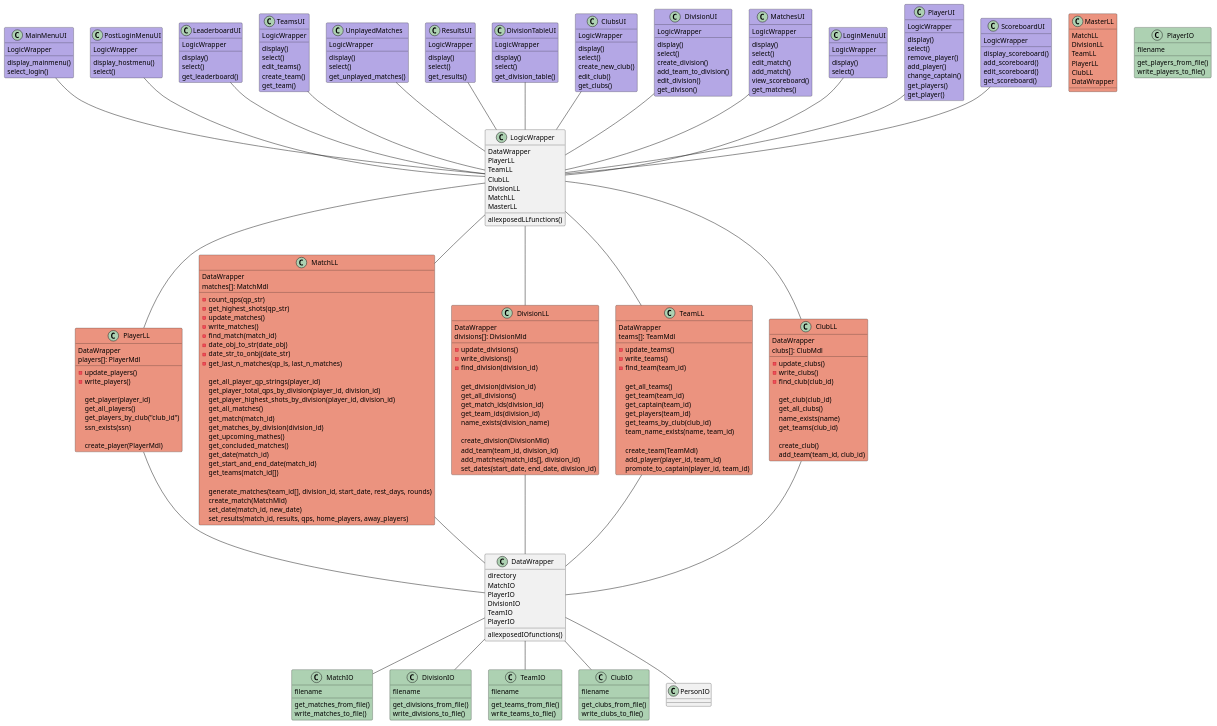
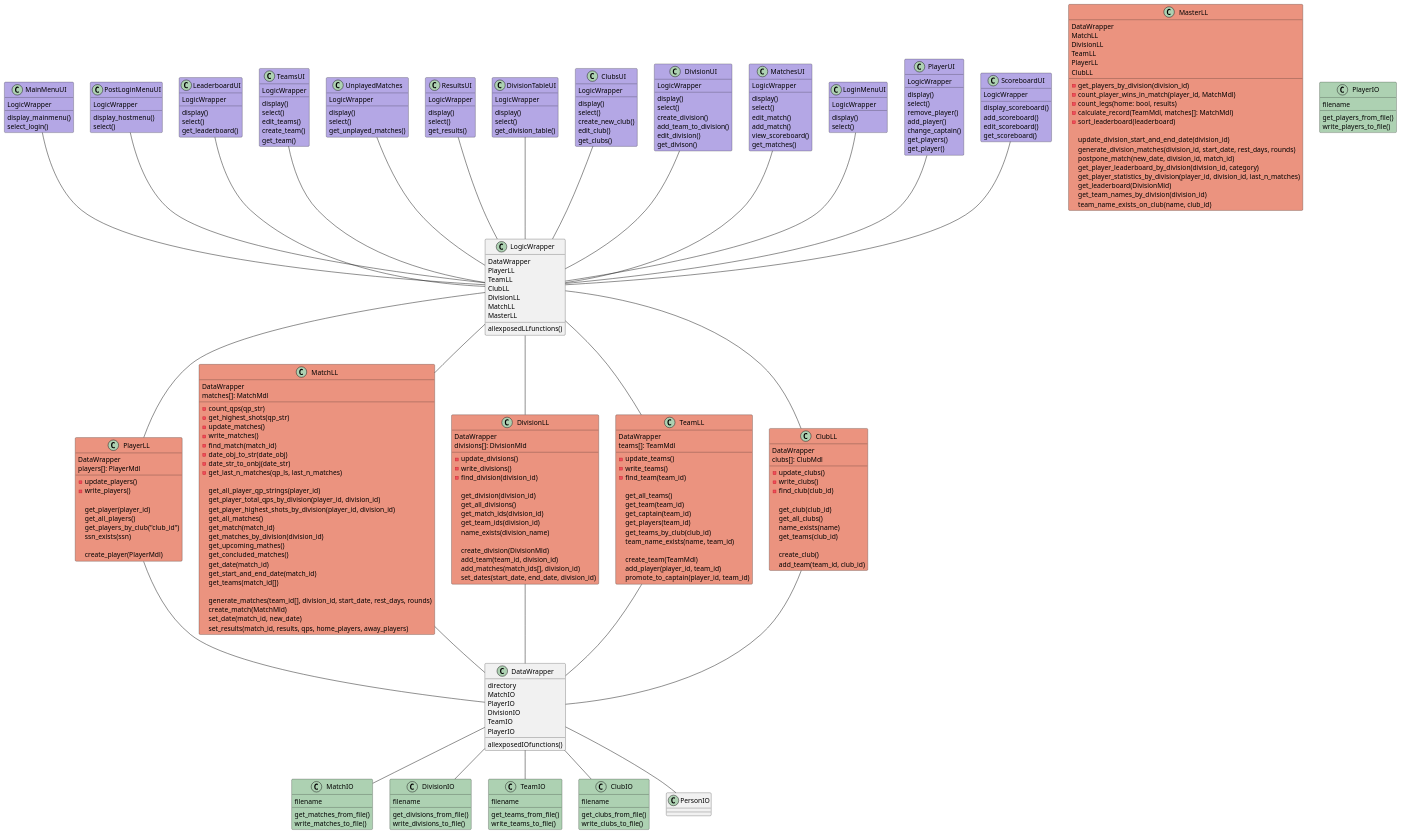
The diagram in Honnun/ClassDiagram/three_layer_diagram.puml (StankWizardLizard/VNL1-2022-HOPUR-28), drawn with PlantUML before and after one commit.

Commit message:
class diagram masterLL methods

```diff
--- a/Honnun/ClassDiagram/three_layer_diagram.puml
+++ b/Honnun/ClassDiagram/three_layer_diagram.puml
@@ -196,12 +196,27 @@
     add_team(team_id, club_id)
 }
 class MasterLL #EB937F {
+    DataWrapper
     MatchLL
     DivisionLL
     TeamLL
     PlayerLL
     ClubLL
-    DataWrapper
+
+    -get_players_by_division(division_id)
+    -count_player_wins_in_match(player_id, MatchMdl)
+    -count_legs(home: bool, results)
+    -calculate_record(TeamMdl, matches[]: MatchMdl)
+    -sort_leaderboard(leaderboard)
+
+    update_division_start_and_end_date(division_id)
+    generate_division_matches(division_id, start_date, rest_days, rounds)
+    postpone_match(new_date, division_id, match_id)
+    get_player_leaderboard_by_division(division_id, category)
+    get_player_statistics_by_division(player_id, division_id, last_n_matches)
+    get_leaderboard(DivisionMld)
+    get_team_names_by_division(division_id)
+    team_name_exists_on_club(name, club_id)
 }
 class LogicWrapper{
     DataWrapper
```
